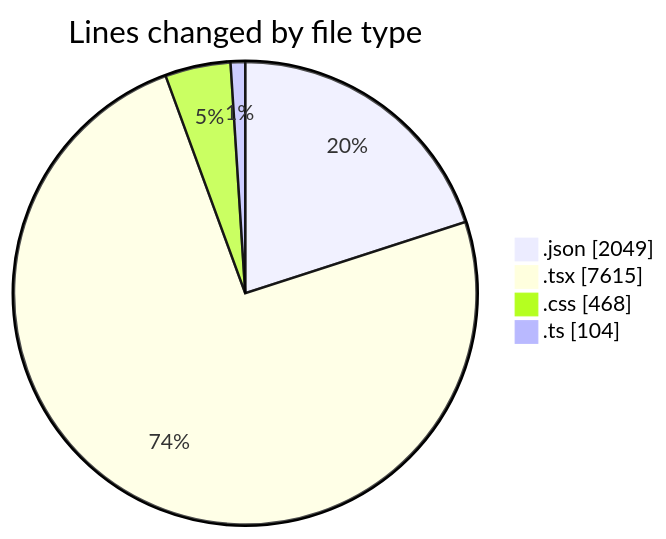
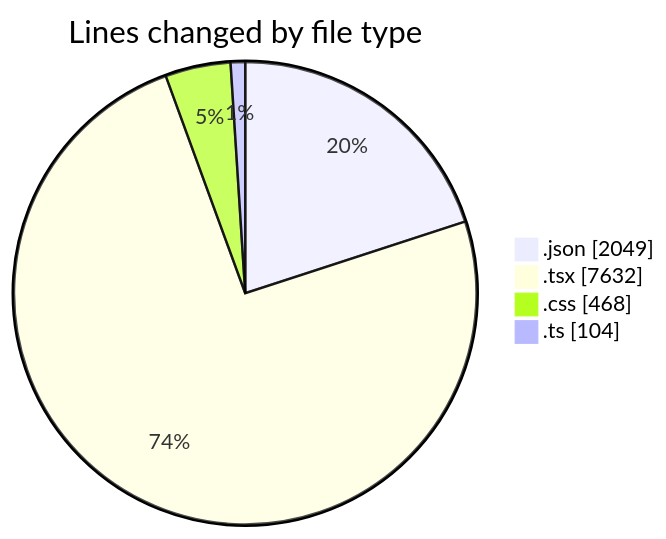
The first of 2 diagrams in 2025-08-14/ribbon/README.md (EIIisD/code-tracking), drawn with Mermaid before and after one commit. The commit also changed other lines of this file and 1 other file, not shown here.

````diff
--- a/2025-08-14/ribbon/README.md
+++ b/2025-08-14/ribbon/README.md
@@ -31,8 +31,8 @@
 ```mermaid
 pie showData
 title Lines changed by file type
 ".json" : 2049
-".tsx" : 7615
+".tsx" : 7632
 ".css" : 468
 ".ts" : 104
 ```
````
